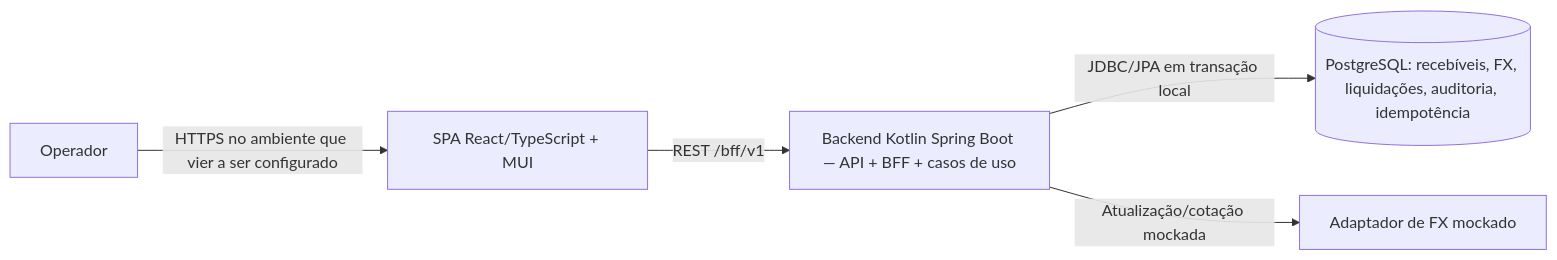
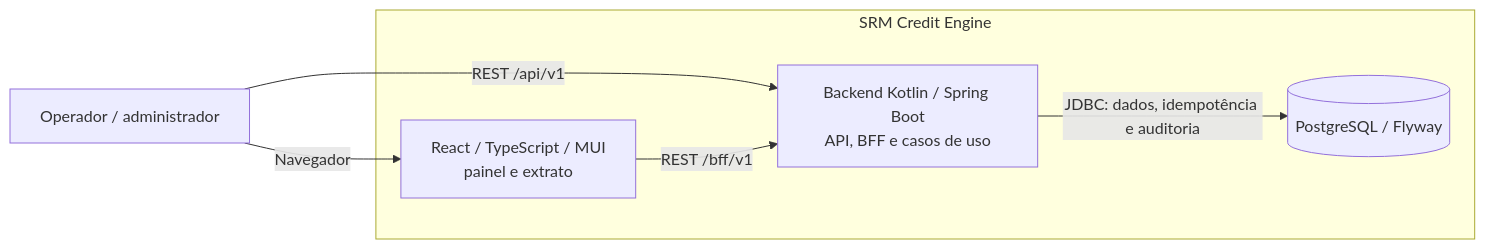
Before and after one commit to RobsonSilverioSantos/srm-credit-engine: the second of 2 diagrams in docs/arquitetura/C4_MVP.md, drawn with Mermaid. The commit also changed other lines of this file and 407 other files, not shown here.

First line of the commit message:
release: publicar versão final do SRM Credit Engine na main (#99)

````diff
--- a/docs/arquitetura/C4_MVP.md
+++ b/docs/arquitetura/C4_MVP.md
@@ -17,7 +22,13 @@
 ```mermaid
 flowchart LR
-  op[Operador] -->|HTTPS no ambiente que vier a ser configurado| spa[SPA React/TypeScript + MUI]
-  spa -->|REST /bff/v1| api[Backend Kotlin Spring Boot — API + BFF + casos de uso]
-  api -->|JDBC/JPA em transação local| pg[(PostgreSQL: recebíveis, FX, liquidações, auditoria, idempotência)]
-  api -->|Atualização/cotação mockada| mock[Adaptador de FX mockado]
+  op["Operador / administrador"]
+  subgraph sistema["SRM Credit Engine"]
+    spa["React / TypeScript / MUI<br/>painel e extrato"]
+    api["Backend Kotlin / Spring Boot<br/>API, BFF e casos de uso"]
+    pg[("PostgreSQL / Flyway")]
+  end
+  op -->|"Navegador"| spa
+  op -->|"REST /api/v1"| api
+  spa -->|"REST /bff/v1"| api
+  api -->|"JDBC: dados, idempotência e auditoria"| pg
 ```
````
